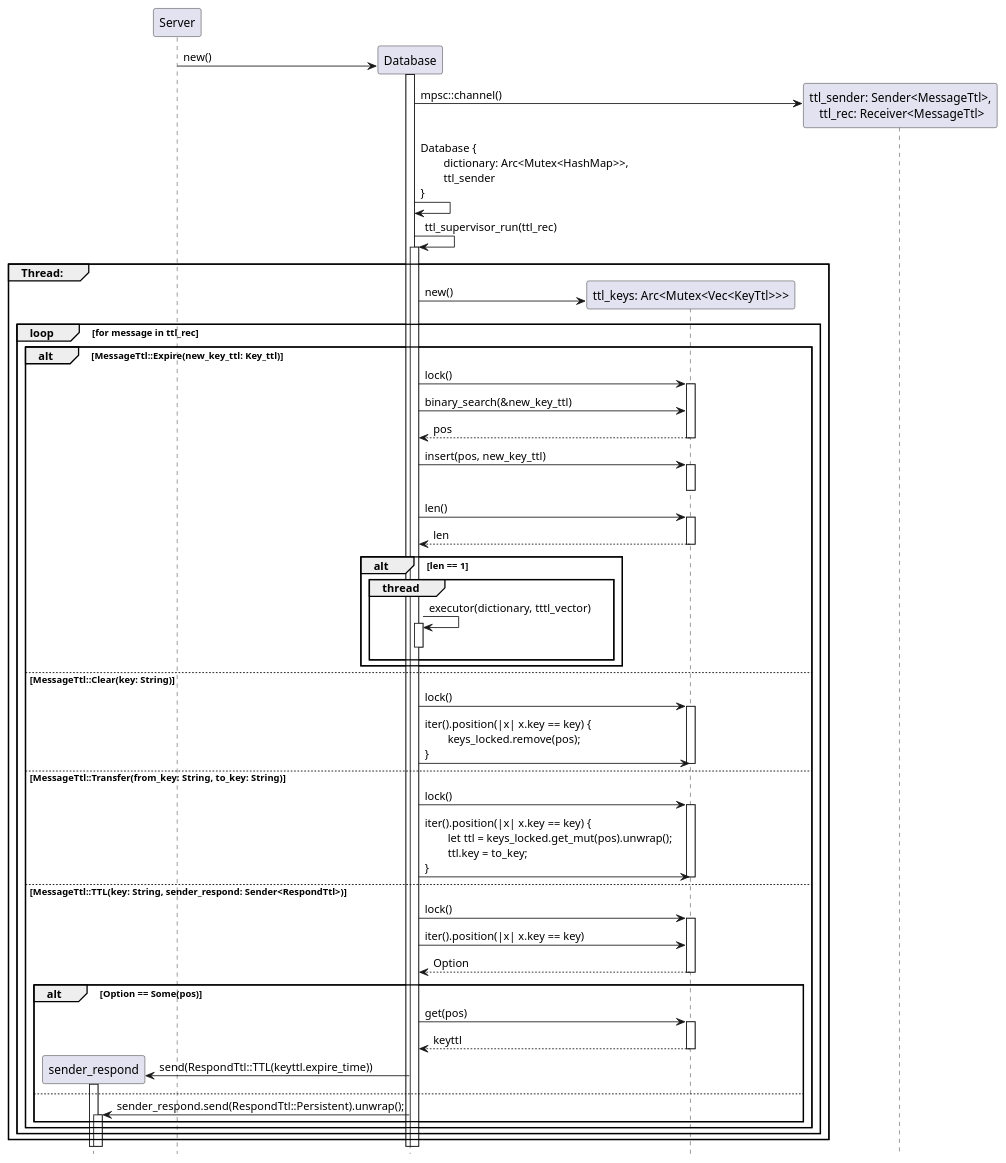
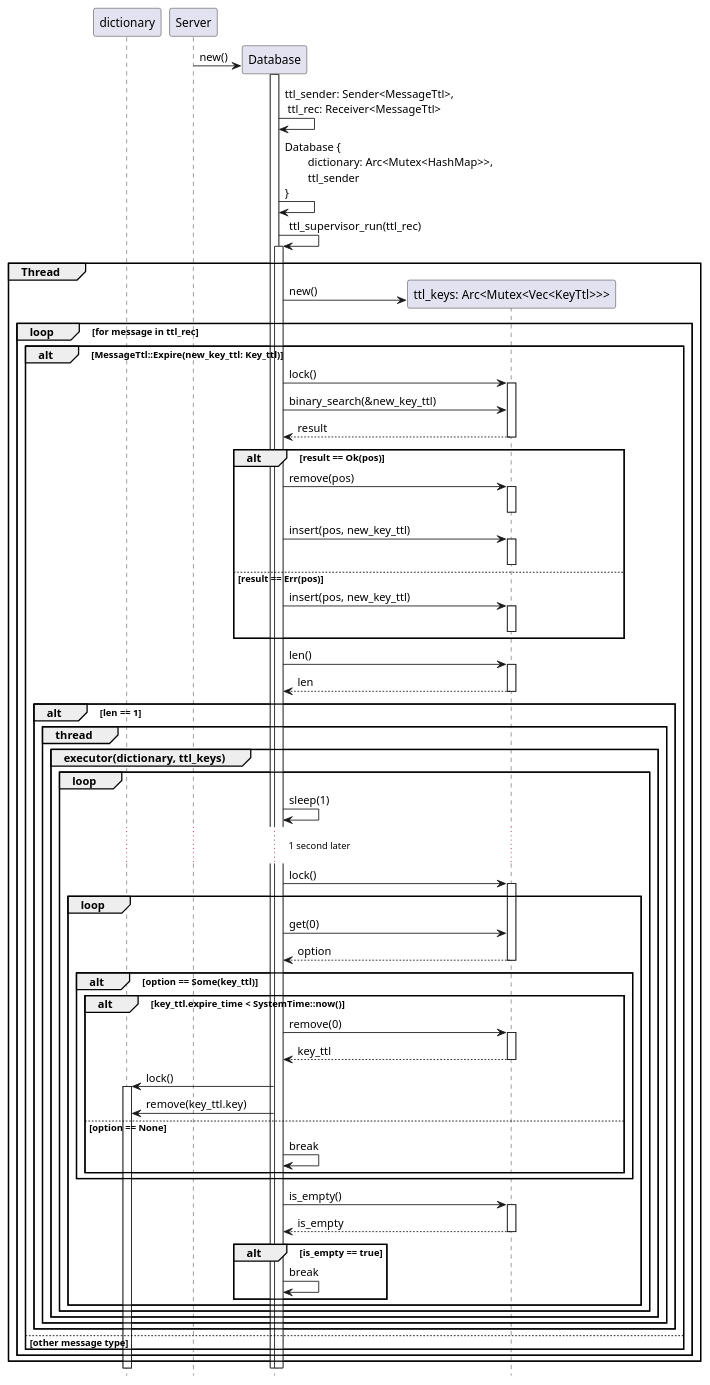
Before and after one commit to taller-1-fiuba-rust/21C1-OxidadosFC: the diagram in src/Diagramas/database_init.puml, drawn with PlantUML. The commit also changed 2 other files, not shown here.

Commit message:
database_init, clear_tranfer_case and ttl_case done

```diff
--- a/src/Diagramas/database_init.puml
+++ b/src/Diagramas/database_init.puml
@@ -1,65 +1,73 @@
 @startuml database init
 hide footbox
 
 participant Server order 10
 participant Database order 20
 
 Create Database
 Server -> Database++: new()
 
-participant Channel as "ttl_sender: Sender<MessageTtl>,\n ttl_rec: Receiver<MessageTtl>" order 40 
-Create Channel
-Database -> Channel: mpsc::channel()
+Database -> Database: ttl_sender: Sender<MessageTtl>,\n ttl_rec: Receiver<MessageTtl>
 
 Database -> Database: Database {\n\tdictionary: Arc<Mutex<HashMap>>,\n\tttl_sender\n}
 Database -> Database ++: ttl_supervisor_run(ttl_rec)
 
-group Thread:
+group Thread
     participant ttl_keys as "ttl_keys: Arc<Mutex<Vec<KeyTtl>>>" order 25
     create ttl_keys
     Database -> ttl_keys: new()
     loop for message in ttl_rec
         alt MessageTtl::Expire(new_key_ttl: Key_ttl)
             Database -> ttl_keys++: lock()
             Database -> ttl_keys: binary_search(&new_key_ttl)
-            return pos
+            return result
 
-            Database -> ttl_keys ++: insert(pos, new_key_ttl)
-            deactivate ttl_keys
+            alt result == Ok(pos)
+                Database -> ttl_keys ++: remove(pos)
+                deactivate
+                Database -> ttl_keys ++: insert(pos, new_key_ttl)
+                deactivate
+            else result == Err(pos)
+                Database -> ttl_keys ++: insert(pos, new_key_ttl)
+                deactivate
+            end
 
             Database -> ttl_keys ++: len()
             return len
 
             alt len == 1
                 group thread
-                    Database -> Database++: executor(dictionary, tttl_vector)
-                    deactivate Database
+                    group executor(dictionary, ttl_keys)
+                        loop 
+                            Database -> Database: sleep(1)
+                            ...1 second later...
+                            Database -> ttl_keys ++: lock()
+                            loop
+                                Database -> ttl_keys : get(0)
+                                return option
+                                alt option == Some(key_ttl)
+                                    alt key_ttl.expire_time < SystemTime::now() 
+                                        Database -> ttl_keys ++: remove(0)
+                                        return key_ttl
+                                        Database -> dictionary ++: lock()
+                                        Database -> dictionary: remove(key_ttl.key)
+                                    else option == None
+                                        Database -> Database: break
+                                    end
+                                end
+                                Database -> ttl_keys ++: is_empty()
+                                return is_empty
+                                alt is_empty == true
+                                    Database -> Database: break
+                                end
+                            end
+                        end
+                    end
                 end
             end
-        else MessageTtl::Clear(key: String)
-            Database -> ttl_keys++: lock()
-            Database -> ttl_keys: iter().position(|x| x.key == key) {\n\tkeys_locked.remove(pos);\n}
-            deactivate ttl_keys
-        else MessageTtl::Transfer(from_key: String, to_key: String)
-            Database -> ttl_keys++: lock()
-            Database -> ttl_keys: iter().position(|x| x.key == key) {\n\tlet ttl = keys_locked.get_mut(pos).unwrap();\n\tttl.key = to_key;\n}
-            deactivate ttl_keys
-        else MessageTtl::TTL(key: String, sender_respond: Sender<RespondTtl>)
-            Database -> ttl_keys++: lock()
-            Database -> ttl_keys: iter().position(|x| x.key == key)
-            return Option
-
-            alt Option == Some(pos)
-                Database -> ttl_keys ++: get(pos)
-                return keyttl
-                create sender_respond
-                Database -> sender_respond ++: send(RespondTtl::TTL(keyttl.expire_time))
-                deactivate sender_respond
-            else 
-                Database -> sender_respond ++: sender_respond.send(RespondTtl::Persistent).unwrap();
-            end
+        else other message type
         end
     end
 end
 
 @enduml
```
